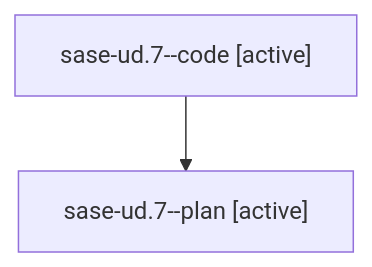
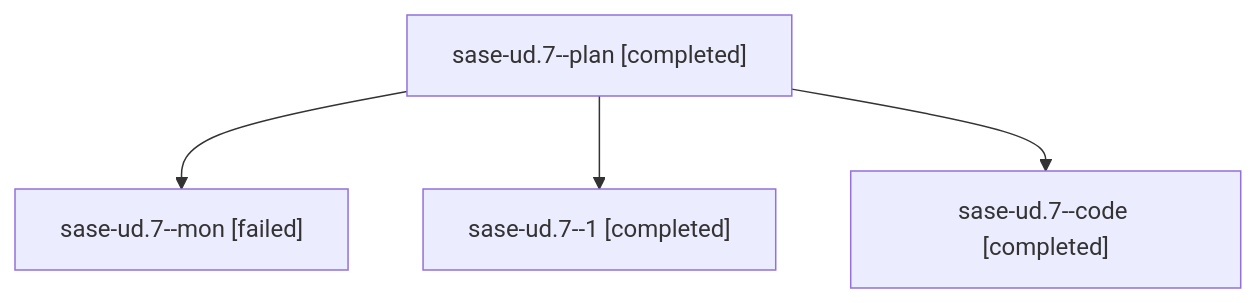
Before and after one commit to sase-org/sase--agents: the diagram in families/bbugyi200.athena.sase-ud.7.md, drawn with Mermaid. The commit also changed other lines of this file and 126 other files, not shown here.

````diff
--- a/families/bbugyi200.athena.sase-ud.7.md
+++ b/families/bbugyi200.athena.sase-ud.7.md
@@ -9,6 +9,10 @@
 ```mermaid
 flowchart TD
-  n0["sase-ud.7--code [active]"]
-  n1["sase-ud.7--plan [active]"]
+  n0["sase-ud.7--plan [completed]"]
+  n1["sase-ud.7--mon [failed]"]
   n0 --> n1
+  n2["sase-ud.7--1 [completed]"]
+  n0 --> n2
+  n3["sase-ud.7--code [completed]"]
+  n0 --> n3
 ```
````
